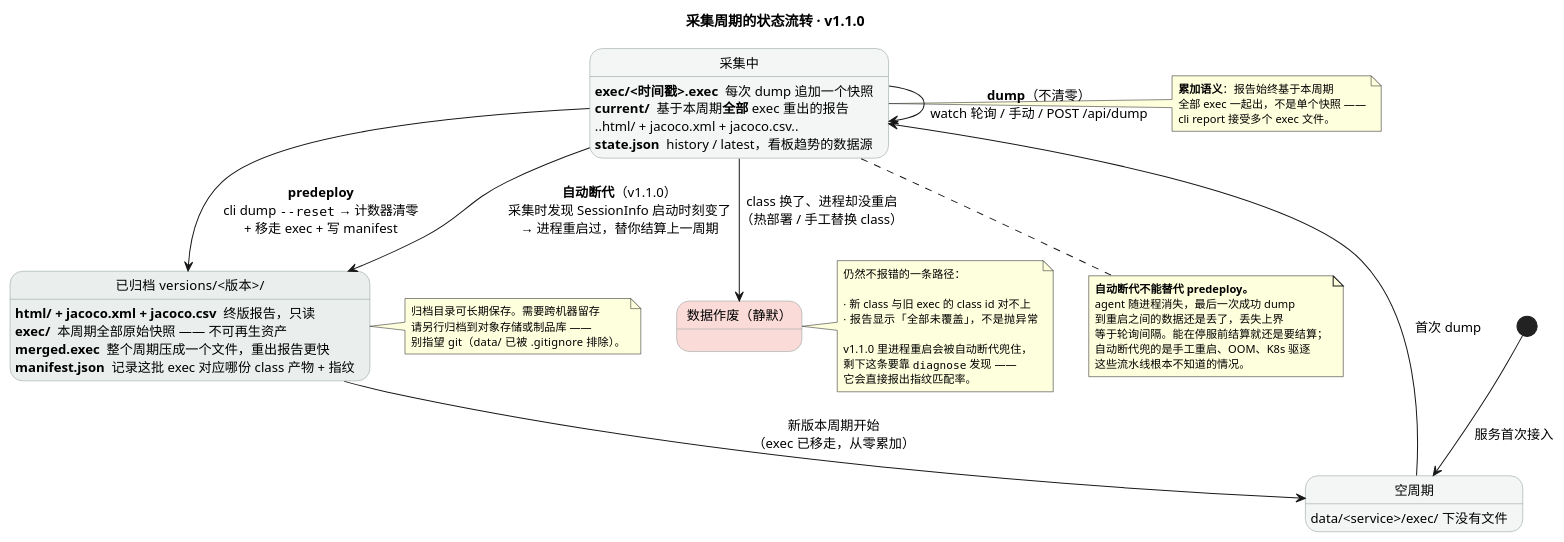
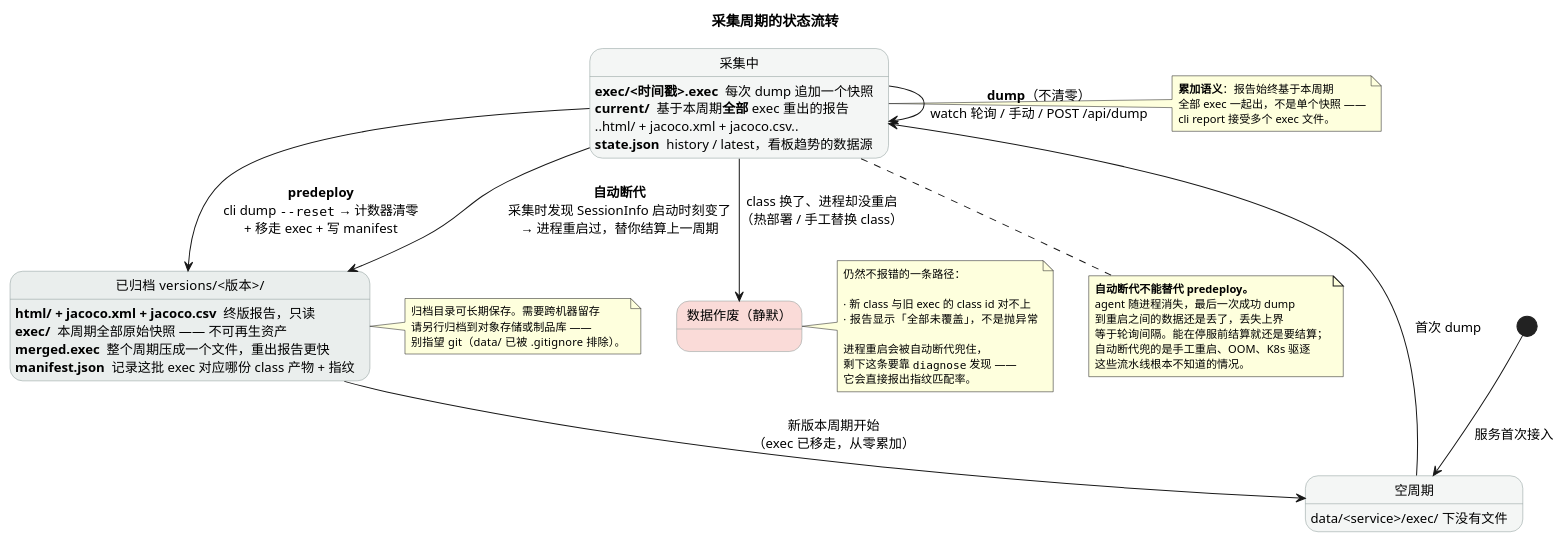
Before and after one commit to SoperRookie/coverage-hub: the diagram in docs/diagrams/04-lifecycle.puml, drawn with PlantUML. The commit also changed 7 other files, not shown here.

First line of the commit message:
文档与图表对齐当前实现

```diff
--- a/docs/diagrams/04-lifecycle.puml
+++ b/docs/diagrams/04-lifecycle.puml
@@ -1,75 +1,75 @@
 @startuml 04-lifecycle
-' coverage-hub v1.0.0 —— 一个采集周期的状态流转
+' coverage-hub —— 一个采集周期的状态流转
 ' 为什么必须按版本切段：JaCoCo 按类的 CRC64 指纹（class id）把 exec 和 class
 ' 对应起来。发版换了 class，旧 exec 就作废 —— 而且是静默作废。
 
-title 采集周期的状态流转 · v1.1.0
+title 采集周期的状态流转
 
 skinparam shadowing false
 skinparam NoteFontSize 11
 skinparam ranksep 45
 skinparam state {
   BackgroundColor #F4F6F5
   BorderColor #8A9A98
   FontSize 13
 }
 
 [*] --> Empty : 服务首次接入
 
 state "空周期" as Empty
 Empty : data/<service>/exec/ 下没有文件
 
 state "采集中" as Active
 Active : **exec/<时间戳>.exec**  每次 dump 追加一个快照
 Active : **current/**  基于本周期<b>全部</b> exec 重出的报告
 Active : ..html/ + jacoco.xml + jacoco.csv..
 Active : **state.json**  history / latest，看板趋势的数据源
 
 state "已归档  versions/<版本>/" as Sealed #EAEEED
 Sealed : **html/ + jacoco.xml + jacoco.csv**  终版报告，只读
 Sealed : **exec/**  本周期全部原始快照 —— 不可再生资产
 Sealed : **merged.exec**  整个周期压成一个文件，重出报告更快
 Sealed : **manifest.json**  记录这批 exec 对应哪份 class 产物 + 指纹
 
 state "数据作废（静默）" as Void #FADBD8
 
 Empty --> Active : 首次 dump
 Active --> Active : **dump**（不清零）\nwatch 轮询 / 手动 / POST /api/dump
 Active --> Sealed : **predeploy**\ncli dump ""--reset"" → 计数器清零\n+ 移走 exec + 写 manifest
 Sealed --> Empty : 新版本周期开始\n（exec 已移走，从零累加）
-Active --> Sealed : **自动断代**（v1.1.0）\n采集时发现 SessionInfo 启动时刻变了\n→ 进程重启过，替你结算上一周期
+Active --> Sealed : **自动断代**\n采集时发现 SessionInfo 启动时刻变了\n→ 进程重启过，替你结算上一周期
 Active --> Void : class 换了、进程却没重启\n（热部署 / 手工替换 class）
 
 note right of Active
   **累加语义**：报告始终基于本周期
   全部 exec 一起出，不是单个快照 ——
   cli report 接受多个 exec 文件。
 end note
 
 note right of Sealed
   归档目录可长期保存。需要跨机器留存
   请另行归档到对象存储或制品库 ——
   别指望 git（data/ 已被 .gitignore 排除）。
 end note
 
 note right of Void
   仍然不报错的一条路径：
 
   · 新 class 与旧 exec 的 class id 对不上
   · 报告显示「全部未覆盖」，不是抛异常
 
-  v1.1.0 里进程重启会被自动断代兜住，
+  进程重启会被自动断代兜住，
   剩下这条要靠 ""diagnose"" 发现 ——
   它会直接报出指纹匹配率。
 end note
 
 note bottom of Active
   **自动断代不能替代 predeploy。**
   agent 随进程消失，最后一次成功 dump
   到重启之间的数据还是丢了，丢失上界
   等于轮询间隔。能在停服前结算就还是要结算；
   自动断代兜的是手工重启、OOM、K8s 驱逐
   这些流水线根本不知道的情况。
 end note
 
 @enduml
```
